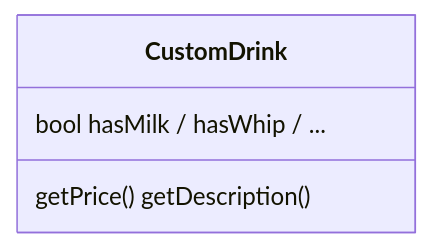
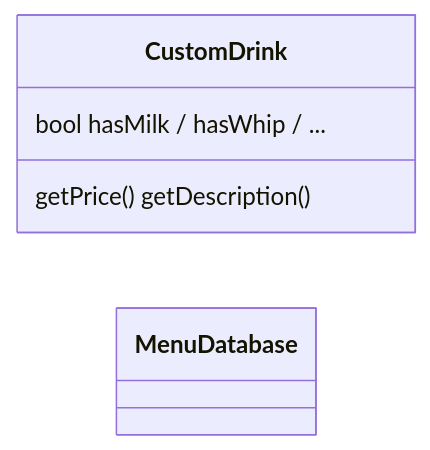
The sixth of 12 diagrams in kindle/design-patterns/output/chapter06.md (kumachan1101-pixel/DesignPattern), drawn with Mermaid before and after one commit. The commit also changed other lines of this file and 19 other files, not shown here.

````diff
--- a/kindle/design-patterns/output/chapter06.md
+++ b/kindle/design-patterns/output/chapter06.md
@@ -1261,8 +1108,10 @@
 ```mermaid
 classDiagram
+    class CustomDrink
+    class MenuDatabase
     direction LR
     class CustomDrink {
       bool hasMilk / hasWhip / ...
       getPrice() getDescription()
     }
 ```
````
